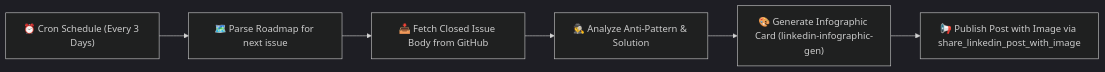
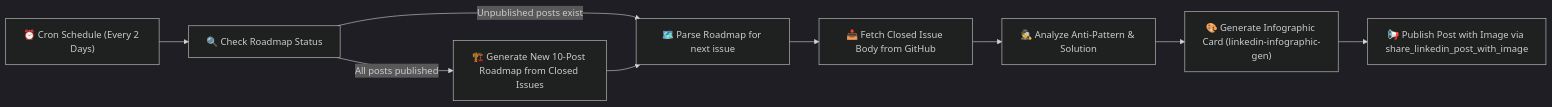
One commit to Asm-o-Dan/DrugsEngine changed the second of 2 diagrams in LINKEDIN_10_POSTS_ROADMAP.md. Above: the diagram before and after it, drawn with Mermaid (dark theme).

Commit message:
Update pipeline diagram to reflect 2-day schedule and roadmap generation loop

````diff
--- a/LINKEDIN_10_POSTS_ROADMAP.md
+++ b/LINKEDIN_10_POSTS_ROADMAP.md
@@ -189,8 +189,11 @@
 ```mermaid
 flowchart LR
-    Schedule["⏰ Cron Schedule (Every 3 Days)"] --> RoadMap["🗺️ Parse Roadmap for next issue"]
+    Schedule["⏰ Cron Schedule (Every 2 Days)"] --> Check["🔍 Check Roadmap Status"]
+    Check -- "Unpublished posts exist" --> RoadMap["🗺️ Parse Roadmap for next issue"]
+    Check -- "All posts published" --> GenRoadmap["🏗️ Generate New 10-Post Roadmap from Closed Issues"]
+    GenRoadmap --> RoadMap
     RoadMap --> GitHub["📥 Fetch Closed Issue Body from GitHub"]
     GitHub --> Critic["🕵️ Analyze Anti-Pattern & Solution"]
     Critic --> Image["🎨 Generate Infographic Card (linkedin-infographic-gen)"]
     Image --> LinkedIn["📢 Publish Post with Image via share_linkedin_post_with_image"]
 ```
````
